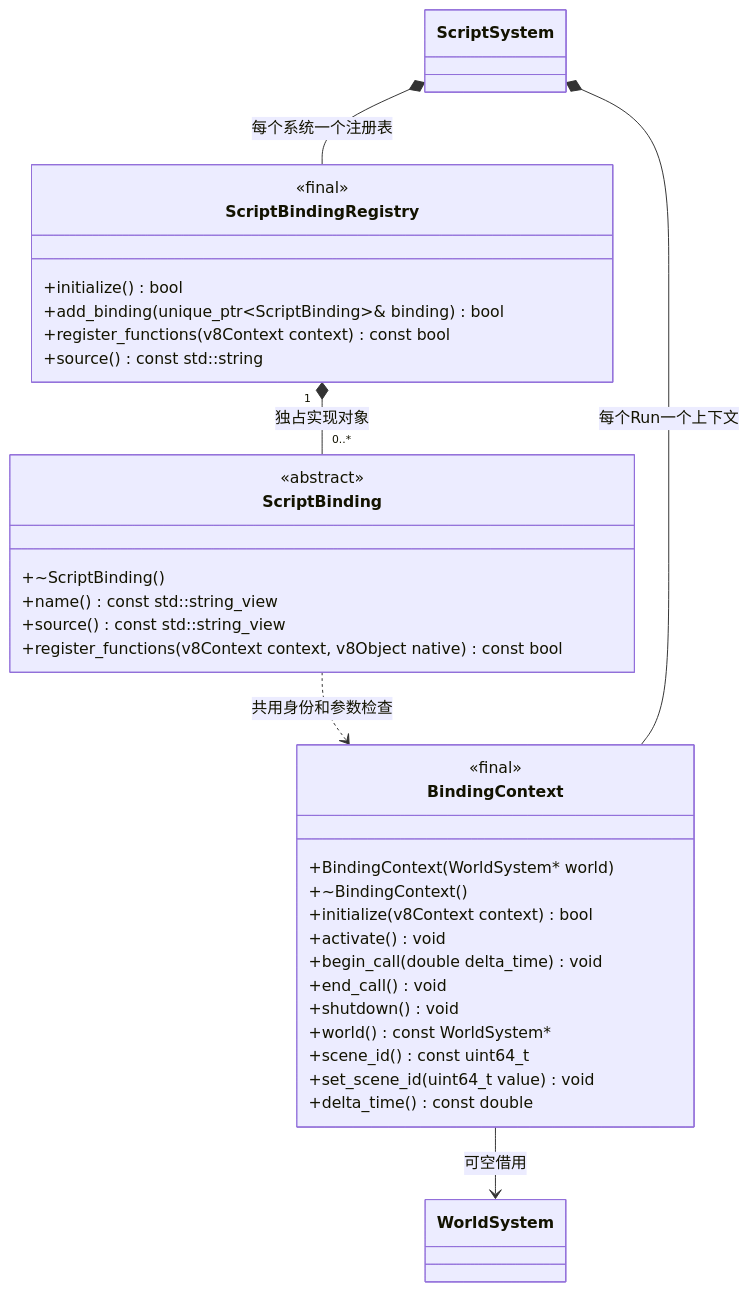
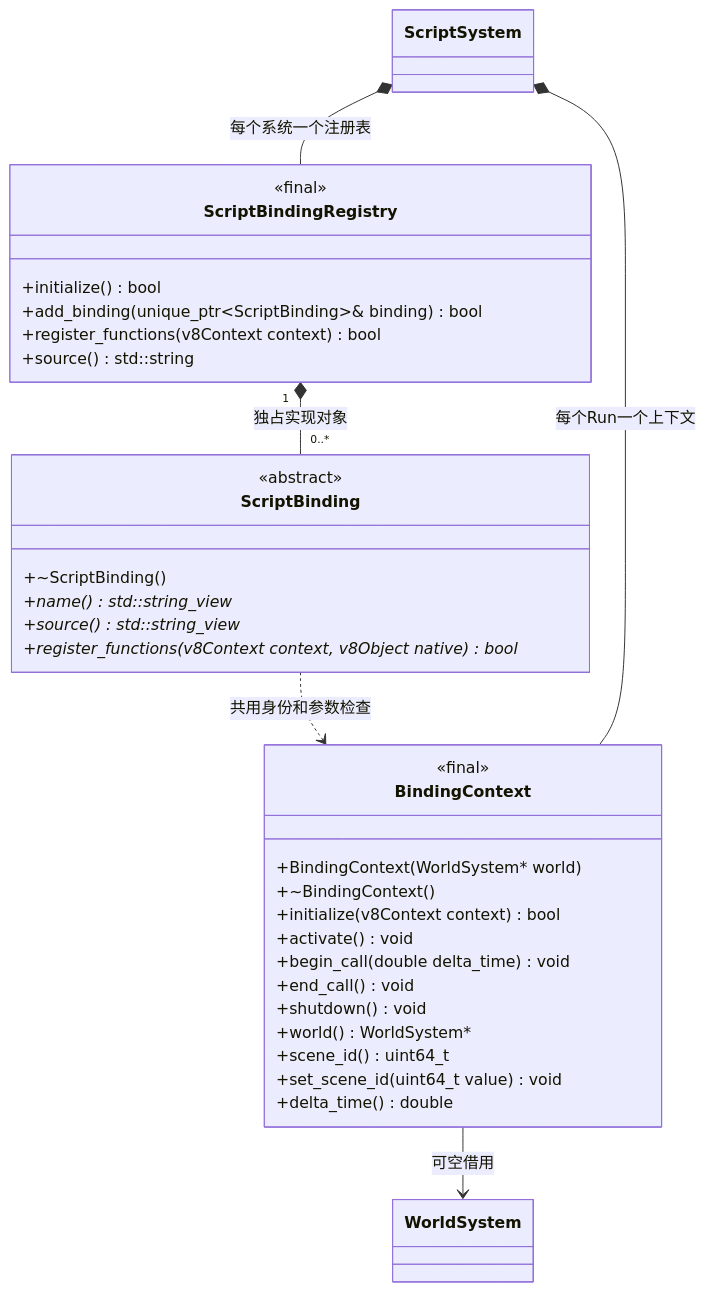
Before and after one commit to lcals/Engine: the first of 4 diagrams in docs/runtime/class-diagrams/script-bindings.md, drawn with Mermaid. The commit also changed other lines of this file and 143 other files, not shown here.

````diff
--- a/docs/runtime/class-diagrams/script-bindings.md
+++ b/docs/runtime/class-diagrams/script-bindings.md
@@ -7,39 +7,39 @@
 ```mermaid
 classDiagram
     direction TB
     class ScriptBinding {
         <<abstract>>
         +~ScriptBinding()
-        +name() const std::string_view
-        +source() const std::string_view
-        +register_functions(v8Context context, v8Object native) const bool
+        +name() std::string_view*
+        +source() std::string_view*
+        +register_functions(v8Context context, v8Object native) bool*
     }
     class ScriptBindingRegistry {
         <<final>>
         +initialize() bool
         +add_binding(unique_ptr~ScriptBinding~& binding) bool
-        +register_functions(v8Context context) const bool
-        +source() const std::string
+        +register_functions(v8Context context) bool
+        +source() std::string
     }
     class BindingContext {
         <<final>>
-        +BindingContext(WorldSystem* world)
+        +BindingContext(WorldSystem#42; world)
         +~BindingContext()
         +initialize(v8Context context) bool
         +activate() void
         +begin_call(double delta_time) void
         +end_call() void
         +shutdown() void
-        +world() const WorldSystem#42;
-        +scene_id() const uint64_t
+        +world() WorldSystem#42;
+        +scene_id() uint64_t
         +set_scene_id(uint64_t value) void
-        +delta_time() const double
+        +delta_time() double
     }
     class ScriptSystem
     class WorldSystem
     ScriptBindingRegistry "1" *-- "0..*" ScriptBinding : 独占实现对象
     ScriptBinding ..> BindingContext : 共用身份和参数检查
     ScriptSystem *-- ScriptBindingRegistry : 每个系统一个注册表
     ScriptSystem *-- BindingContext : 每个Run一个上下文
     BindingContext --> WorldSystem : 可空借用
 ```
````
